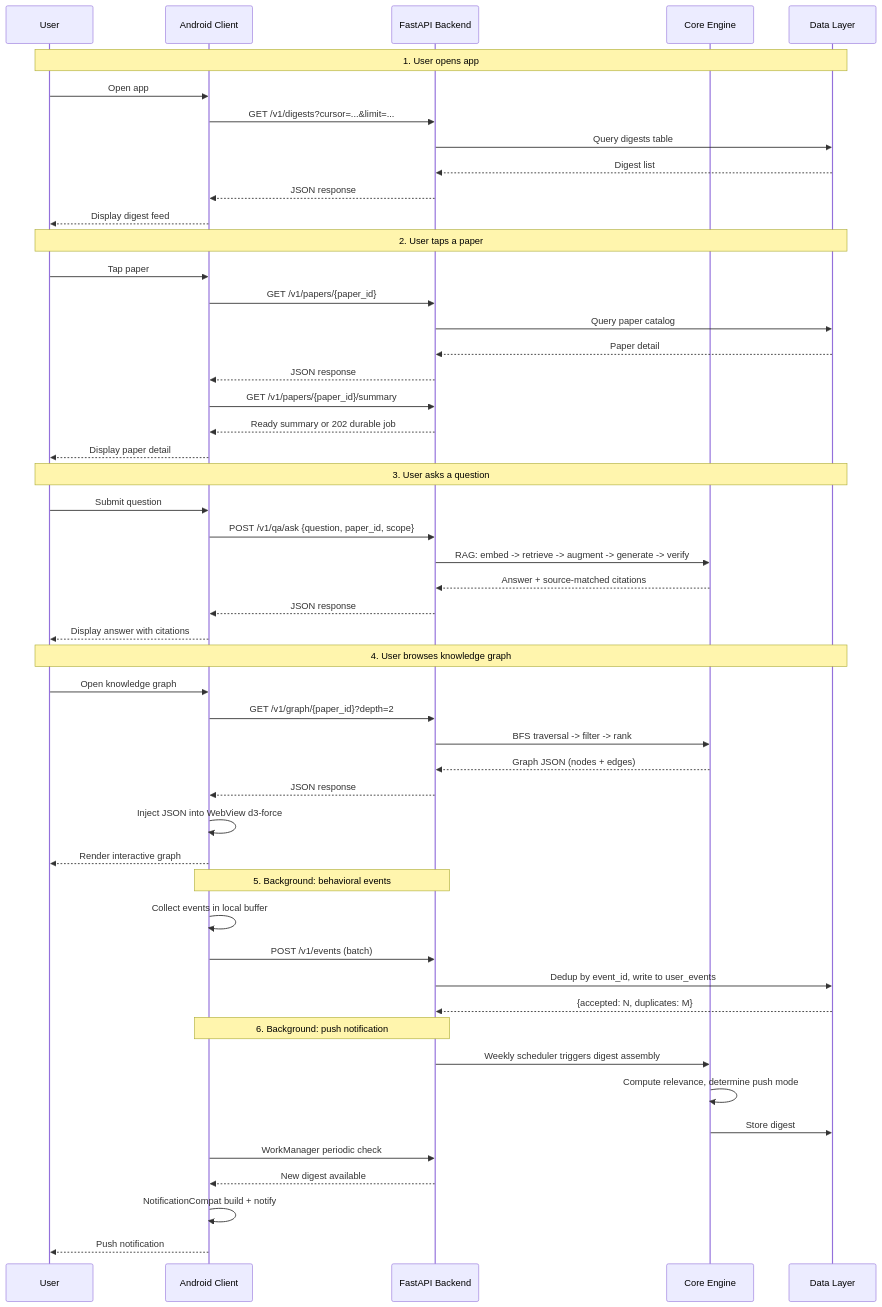
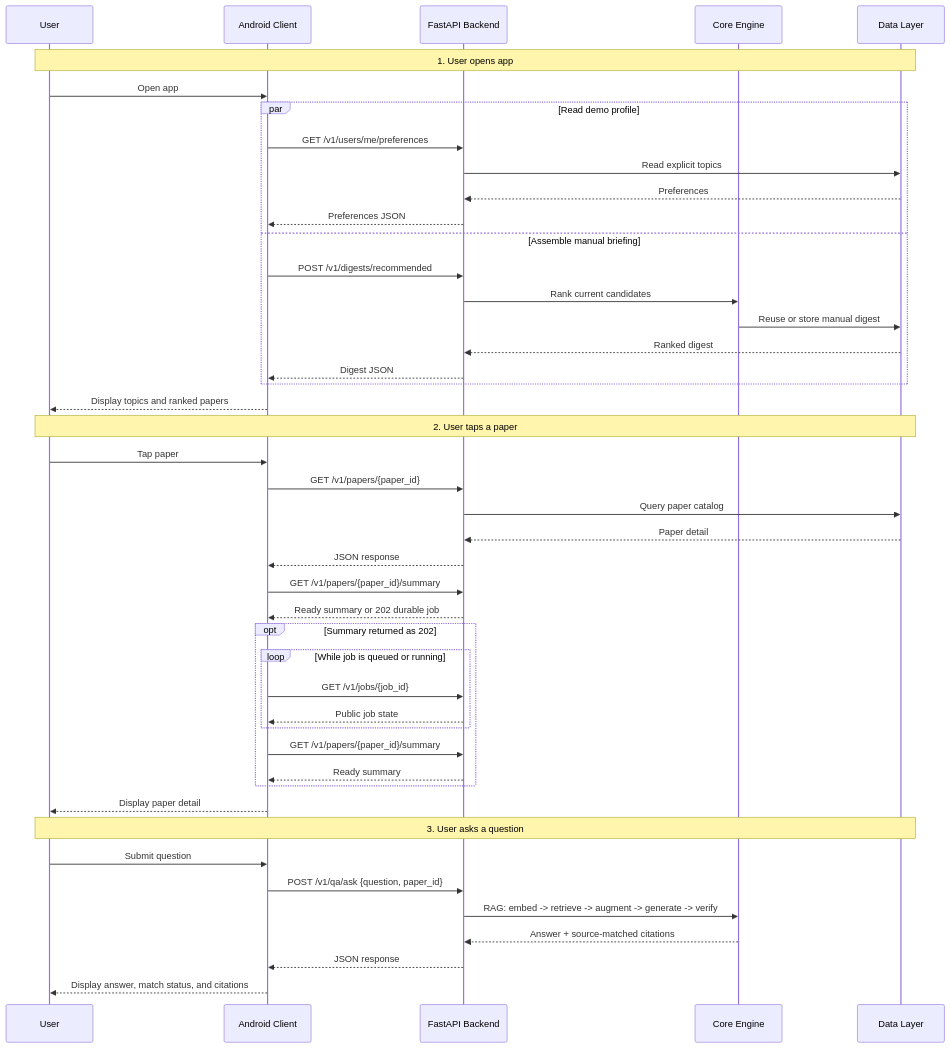
The fourth of 4 diagrams in README.md (YUcxovo/MNEME), drawn with Mermaid before and after one commit. The commit also changed other lines of this file and 4 other files, not shown here.

````diff
--- a/README.md
+++ b/README.md
@@ -406,58 +422,50 @@
 ```mermaid
 sequenceDiagram
     participant U as User
     participant A as Android Client
     participant B as FastAPI Backend
     participant E as Core Engine
     participant D as Data Layer
 
     Note over U,D: 1. User opens app
     U->>A: Open app
-    A->>B: GET /v1/digests?cursor=...&limit=...
-    B->>D: Query digests table
-    D-->>B: Digest list
-    B-->>A: JSON response
-    A-->>U: Display digest feed
+    par Read demo profile
+        A->>B: GET /v1/users/me/preferences
+        B->>D: Read explicit topics
+        D-->>B: Preferences
+        B-->>A: Preferences JSON
+    and Assemble manual briefing
+        A->>B: POST /v1/digests/recommended
+        B->>E: Rank current candidates
+        E->>D: Reuse or store manual digest
+        D-->>B: Ranked digest
+        B-->>A: Digest JSON
+    end
+    A-->>U: Display topics and ranked papers
 
     Note over U,D: 2. User taps a paper
     U->>A: Tap paper
     A->>B: GET /v1/papers/{paper_id}
     B->>D: Query paper catalog
     D-->>B: Paper detail
     B-->>A: JSON response
     A->>B: GET /v1/papers/{paper_id}/summary
     B-->>A: Ready summary or 202 durable job
+    opt Summary returned as 202
+        loop While job is queued or running
+            A->>B: GET /v1/jobs/{job_id}
+            B-->>A: Public job state
+        end
+        A->>B: GET /v1/papers/{paper_id}/summary
+        B-->>A: Ready summary
+    end
     A-->>U: Display paper detail
 
     Note over U,D: 3. User asks a question
     U->>A: Submit question
-    A->>B: POST /v1/qa/ask {question, paper_id, scope}
+    A->>B: POST /v1/qa/ask {question, paper_id}
     B->>E: RAG: embed -> retrieve -> augment -> generate -> verify
     E-->>B: Answer + source-matched citations
     B-->>A: JSON response
-    A-->>U: Display answer with citations
-
-    Note over U,D: 4. User browses knowledge graph
-    U->>A: Open knowledge graph
-    A->>B: GET /v1/graph/{paper_id}?depth=2
-    B->>E: BFS traversal -> filter -> rank
-    E-->>B: Graph JSON (nodes + edges)
-    B-->>A: JSON response
-    A->>A: Inject JSON into WebView d3-force
-    A-->>U: Render interactive graph
-
-    Note over A,B: 5. Background: behavioral events
-    A->>A: Collect events in local buffer
-    A->>B: POST /v1/events (batch)
-    B->>D: Dedup by event_id, write to user_events
-    D-->>B: {accepted: N, duplicates: M}
-
-    Note over A,B: 6. Background: push notification
-    B->>E: Weekly scheduler triggers digest assembly
-    E->>E: Compute relevance, determine push mode
-    E->>D: Store digest
-    A->>B: WorkManager periodic check
-    B-->>A: New digest available
-    A->>A: NotificationCompat build + notify
-    A-->>U: Push notification
+    A-->>U: Display answer, match status, and citations
 ```
````
